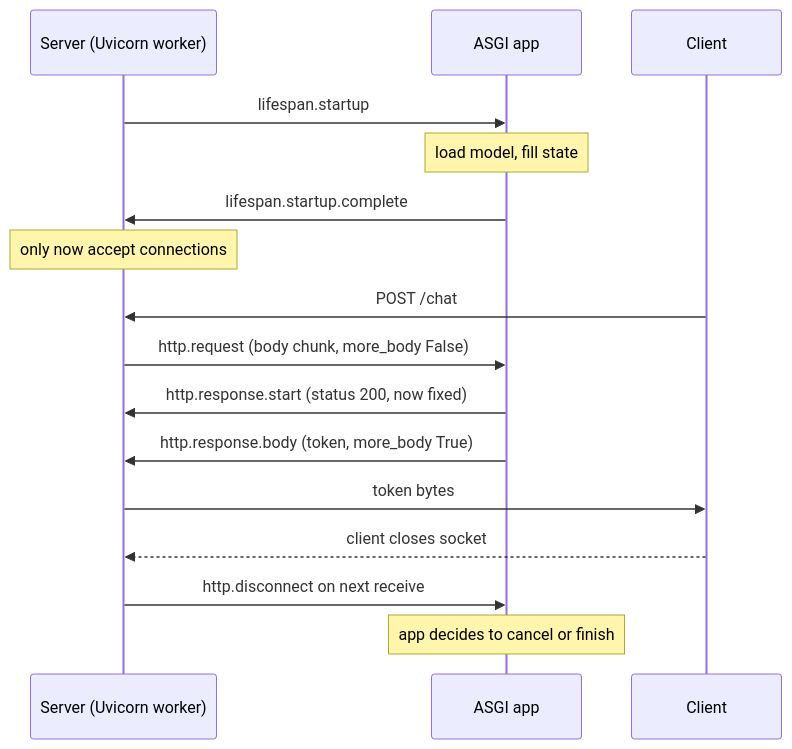
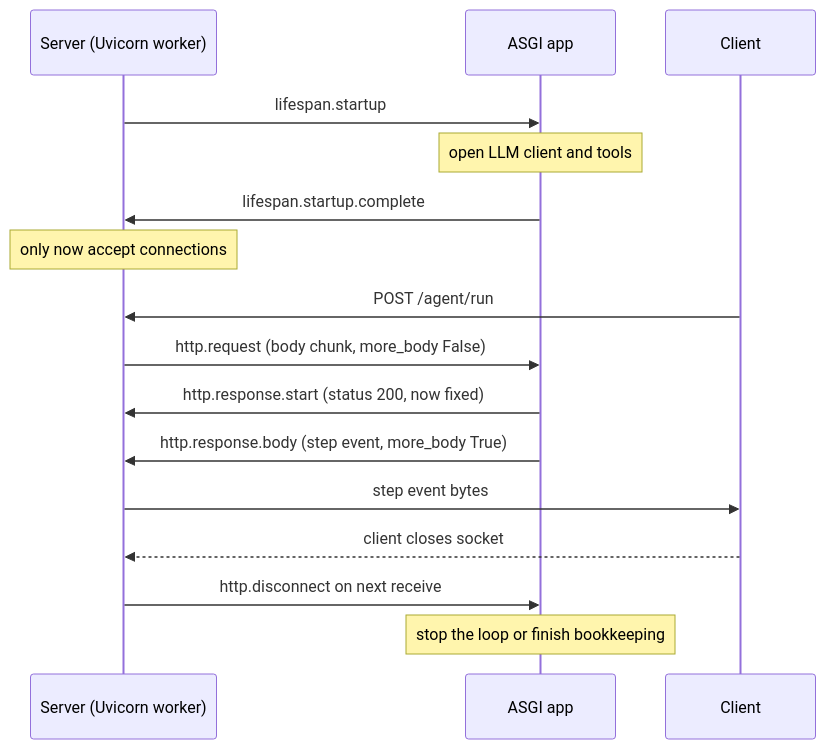
One commit to lovishmahajan97/agentic-learning changed the diagram in content/fastapi-for-ai/asgi-lifecycle.md. Above: the diagram before and after it, drawn with Mermaid. The commit also changed other lines of this file and 266 other files, not shown here.

````diff
--- a/content/fastapi-for-ai/asgi-lifecycle.md
+++ b/content/fastapi-for-ai/asgi-lifecycle.md
@@ -126,18 +143,18 @@
 ```mermaid
 sequenceDiagram
     participant S as Server (Uvicorn worker)
     participant A as ASGI app
     participant C as Client
     S->>A: lifespan.startup
-    Note over A: load model, fill state
+    Note over A: open LLM client and tools
     A->>S: lifespan.startup.complete
     Note over S: only now accept connections
-    C->>S: POST /chat
+    C->>S: POST /agent/run
     S->>A: http.request (body chunk, more_body False)
     A->>S: http.response.start (status 200, now fixed)
-    A->>S: http.response.body (token, more_body True)
-    S->>C: token bytes
+    A->>S: http.response.body (step event, more_body True)
+    S->>C: step event bytes
     C-->>S: client closes socket
     S->>A: http.disconnect on next receive
-    Note over A: app decides to cancel or finish
+    Note over A: stop the loop or finish bookkeeping
 ```
````
